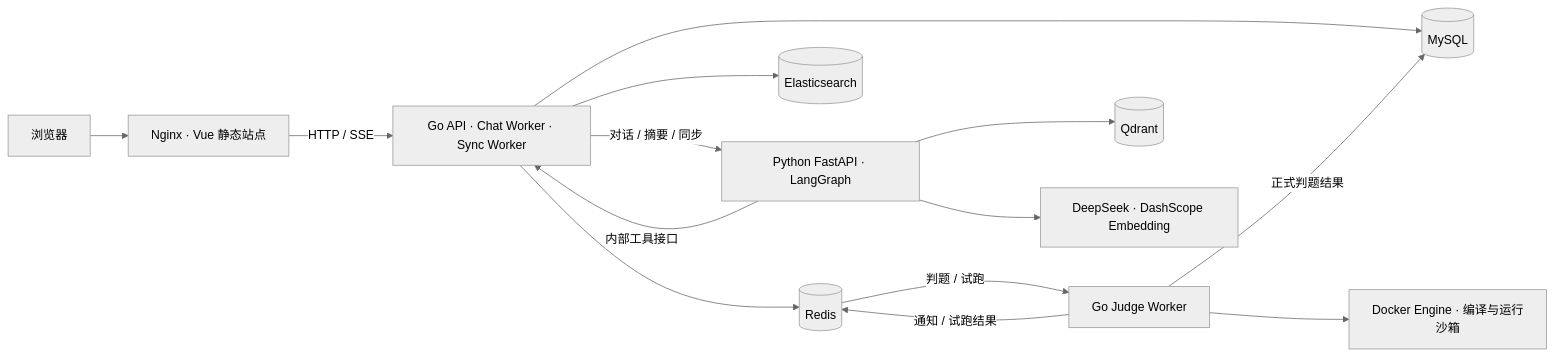
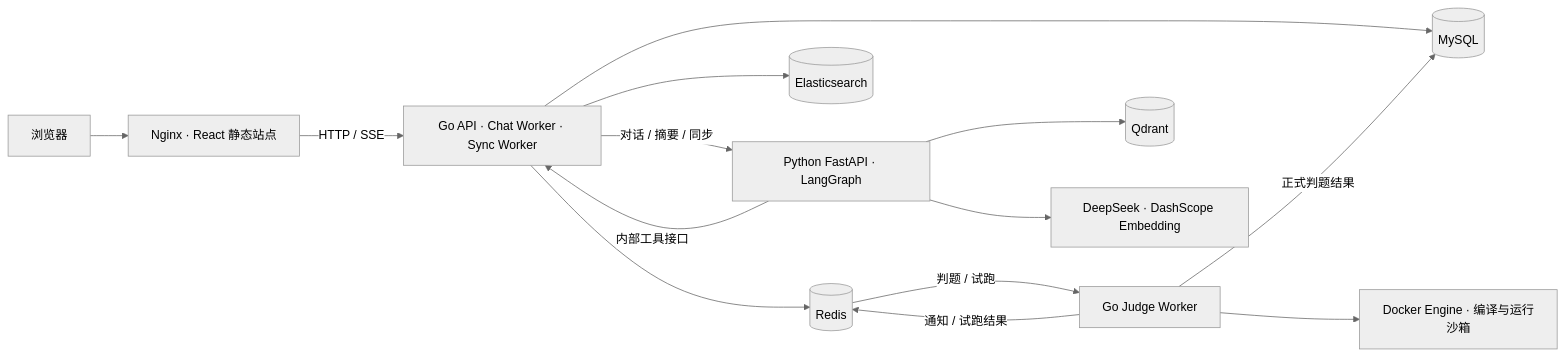
Before and after one commit to white0range/w0r_oj: the first of 2 diagrams in docs/architecture.md, drawn with Mermaid (neutral theme). The commit also changed 69 other files, not shown here.

````diff
--- a/docs/architecture.md
+++ b/docs/architecture.md
@@ -5,16 +5,16 @@
 ```mermaid
 flowchart LR
-    Browser["浏览器"] --> Gateway["Nginx · Vue 静态站点"]
+    Browser["浏览器"] --> Gateway["Nginx · React 静态站点"]
     Gateway -->|"HTTP / SSE"| API["Go API · Chat Worker · Sync Worker"]
     API --> MySQL[("MySQL")]
     API --> Redis[("Redis")]
     API --> ES[("Elasticsearch")]
     Redis -->|"判题 / 试跑"| Judge["Go Judge Worker"]
     Judge --> Docker["Docker Engine · 编译与运行沙箱"]
     Judge -->|"正式判题结果"| MySQL
     Judge -->|"通知 / 试跑结果"| Redis
     API -->|"对话 / 摘要 / 同步"| Agent["Python FastAPI · LangGraph"]
     Agent -->|"内部工具接口"| API
     Agent --> Qdrant[("Qdrant")]
     Agent --> Model["DeepSeek · DashScope Embedding"]
 ```
````
